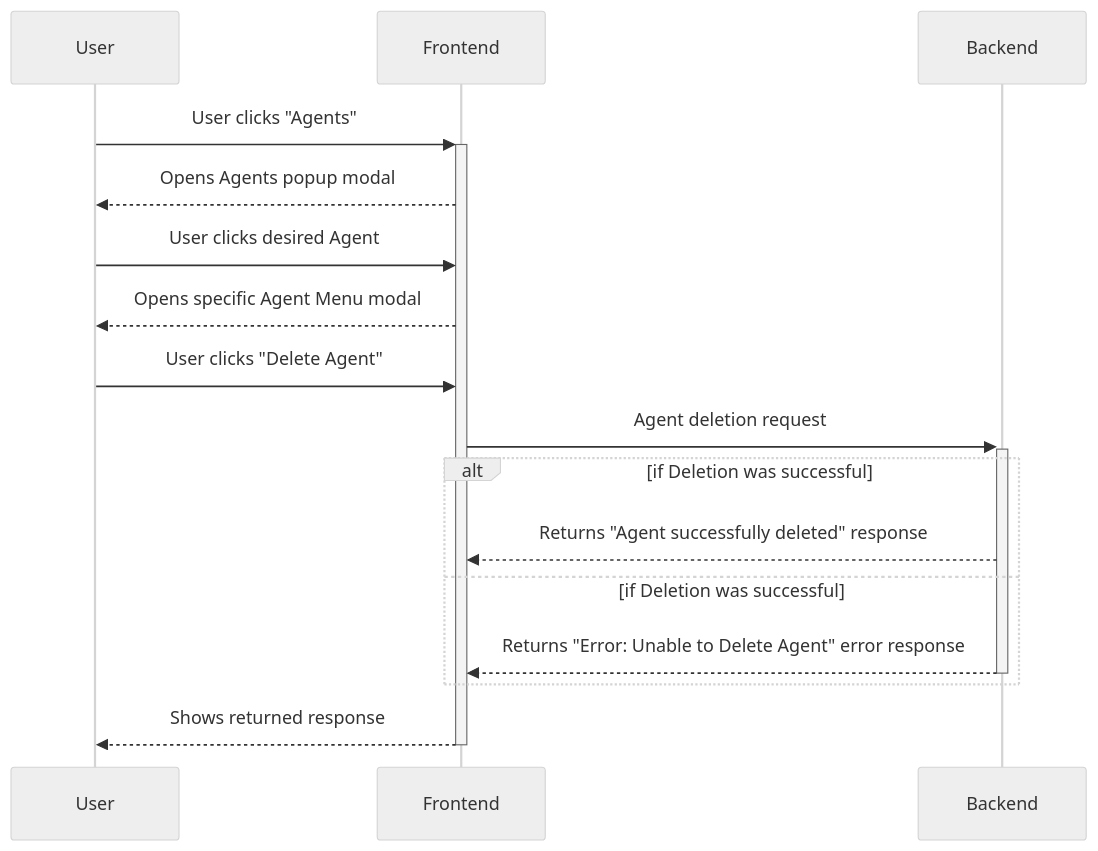
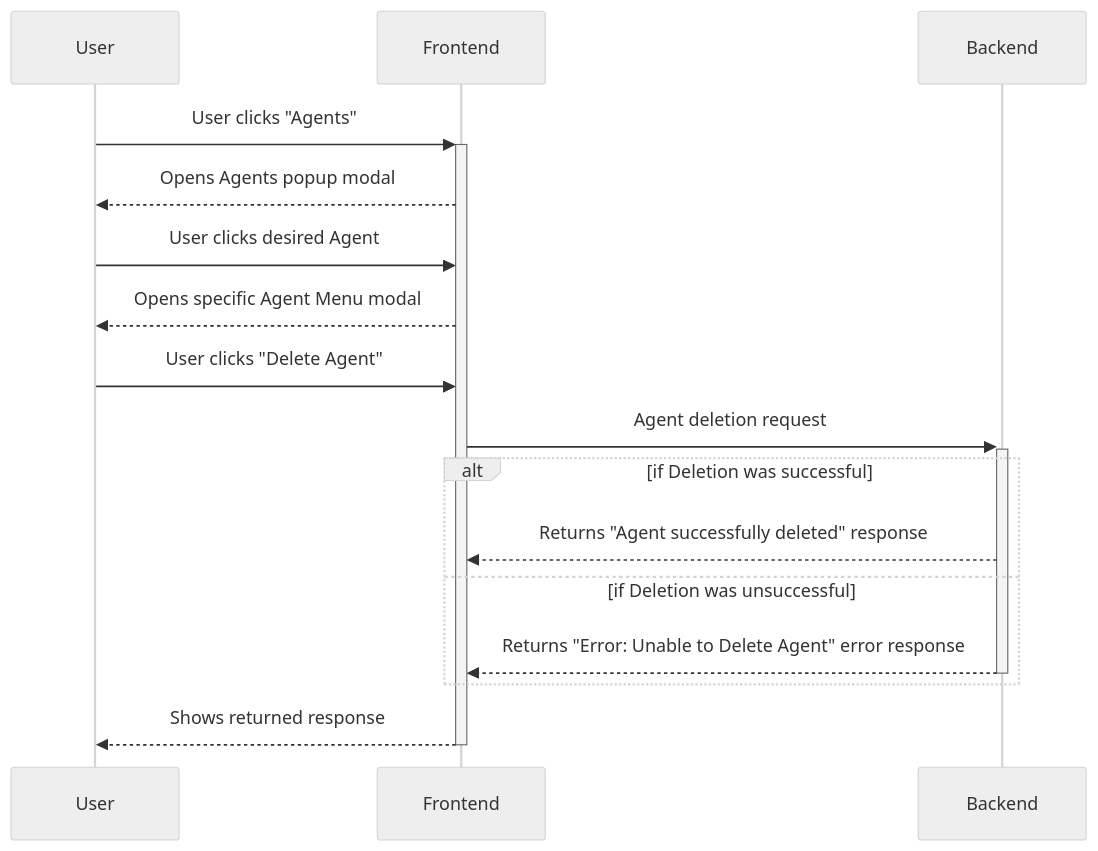
Before and after one commit to Capstone-Projects-2025-Spring/project-003-story-builder-team-1: the third of 10 diagrams in documentation/docs/system-architecture/sequence-diagrams.md, drawn with Mermaid (neutral theme). The commit also changed other lines of this file, not shown here.

Commit message:
Fixed sequence diagram 4 with suggested edits

````diff
--- a/documentation/docs/system-architecture/sequence-diagrams.md
+++ b/documentation/docs/system-architecture/sequence-diagrams.md
@@ -67,18 +67,18 @@
 ```mermaid
 sequenceDiagram
     participant User
     participant Frontend
     participant Backend
     User->>+Frontend: User clicks "Agents"
     Frontend-->>User: Opens Agents popup modal
     User->>Frontend: User clicks desired Agent
     Frontend-->>User: Opens specific Agent Menu modal
     User->>Frontend: User clicks "Delete Agent"
     Frontend->>+Backend: Agent deletion request
     alt if Deletion was successful
         Backend-->>Frontend: Returns "Agent successfully deleted" response
-    else if Deletion was successful
+    else if Deletion was unsuccessful
         Backend-->>-Frontend: Returns "Error: Unable to Delete Agent" error response
     end
     Frontend-->>-User: Shows returned response
 ```
````
